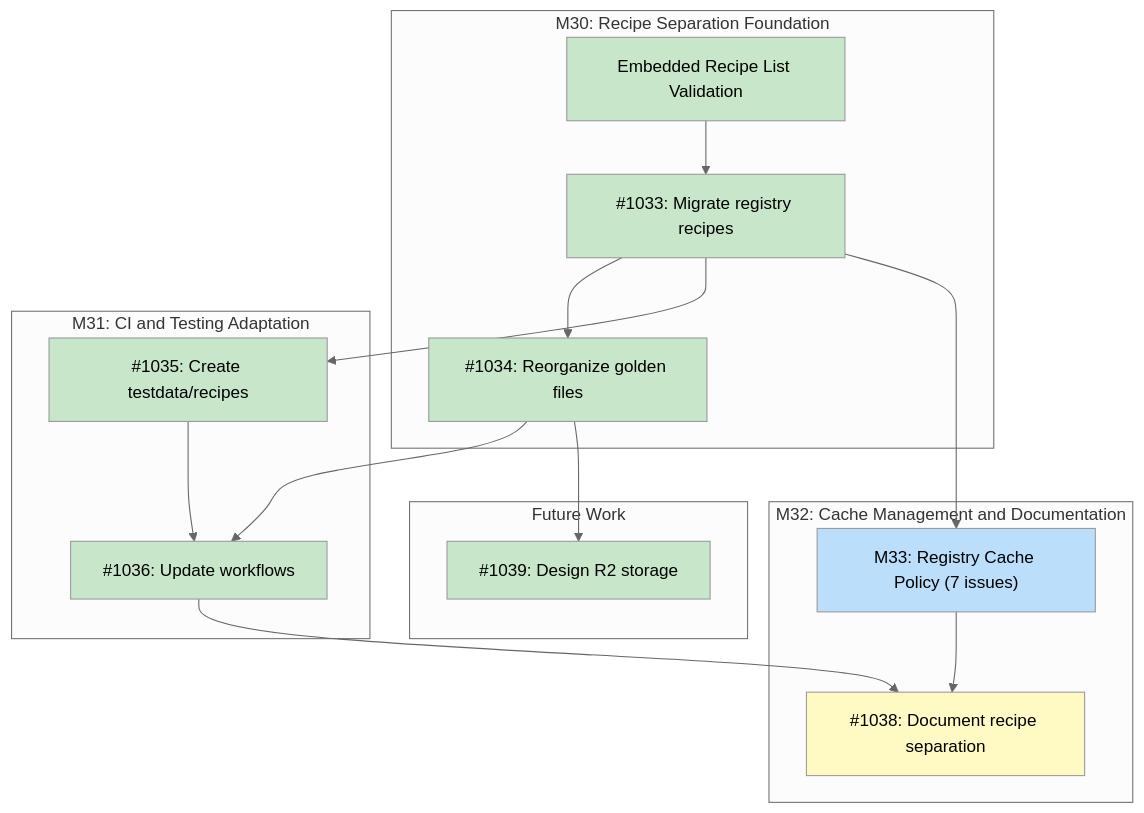
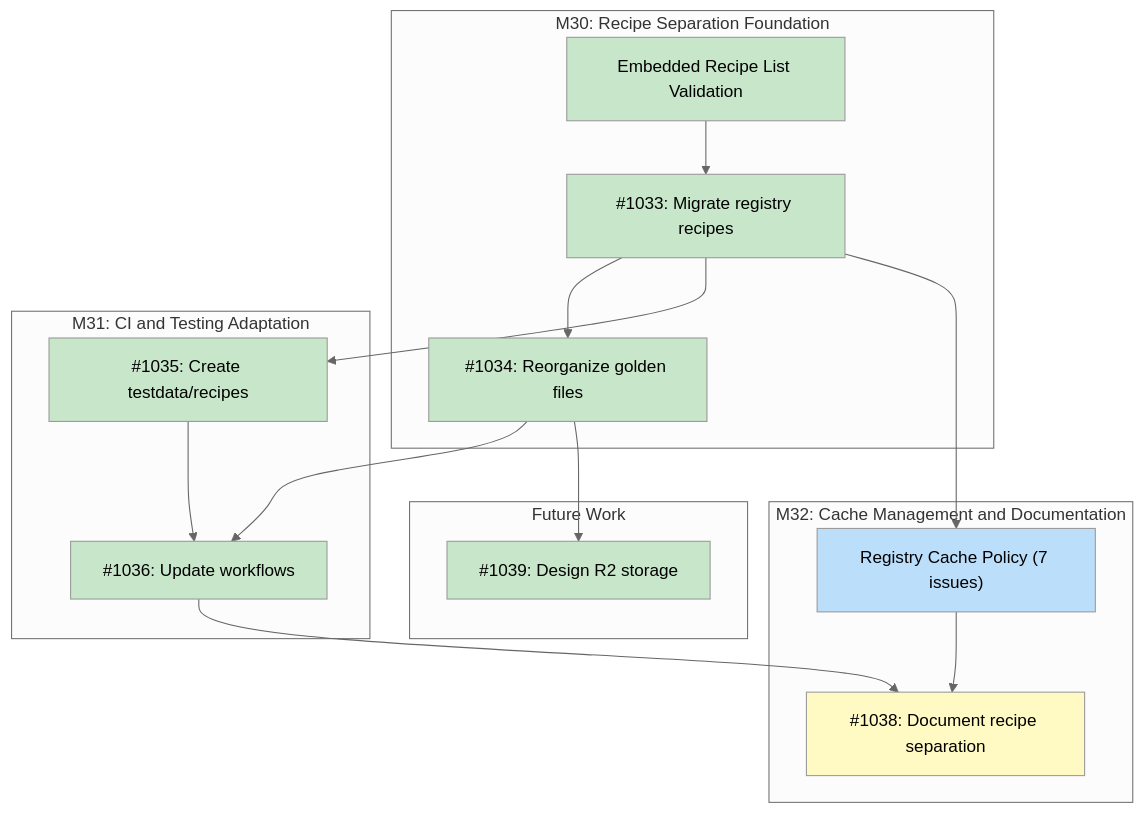
The diagram in docs/designs/DESIGN-recipe-registry-separation.md (tsukumogami/tsuku), drawn with Mermaid (neutral theme) before and after one commit. The commit also changed other lines of this file and 1 other file, not shown here.

````diff
--- a/docs/designs/DESIGN-recipe-registry-separation.md
+++ b/docs/designs/DESIGN-recipe-registry-separation.md
@@ -46,46 +46,46 @@
 ```mermaid
 graph TD
     subgraph M30["M30: Recipe Separation Foundation"]
         ERLV["Embedded Recipe List Validation"]
         I1033["#1033: Migrate registry recipes"]
         I1034["#1034: Reorganize golden files"]
     end
 
     subgraph M31["M31: CI and Testing Adaptation"]
         I1035["#1035: Create testdata/recipes"]
         I1036["#1036: Update workflows"]
     end
 
     subgraph M32["M32: Cache Management and Documentation"]
-        M33["M33: Registry Cache Policy (7 issues)"]
+        M33["Registry Cache Policy (7 issues)"]
         I1038["#1038: Document recipe separation"]
     end
 
     subgraph Future["Future Work"]
         I1039["#1039: Design R2 storage"]
     end
 
     ERLV --> I1033
     I1033 --> I1034
     I1033 --> I1035
     I1033 --> M33
     I1034 --> I1036
     I1035 --> I1036
     I1034 --> I1039
     I1036 --> I1038
     M33 --> I1038
 
     classDef done fill:#c8e6c9
     classDef ready fill:#bbdefb
     classDef blocked fill:#fff9c4
     classDef needsDesign fill:#e1bee7
 
     class ERLV done
     class I1033 done
     class I1034 done
     class I1035 done
     class I1036 done
     class I1038 blocked
     class M33 ready
     class I1039 done
 ```
````
